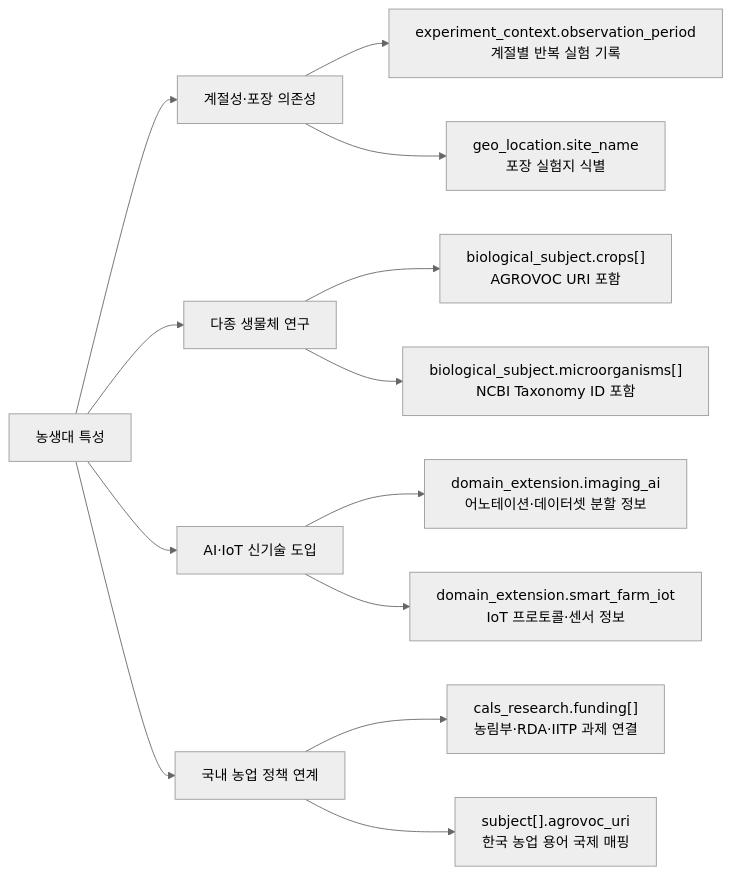
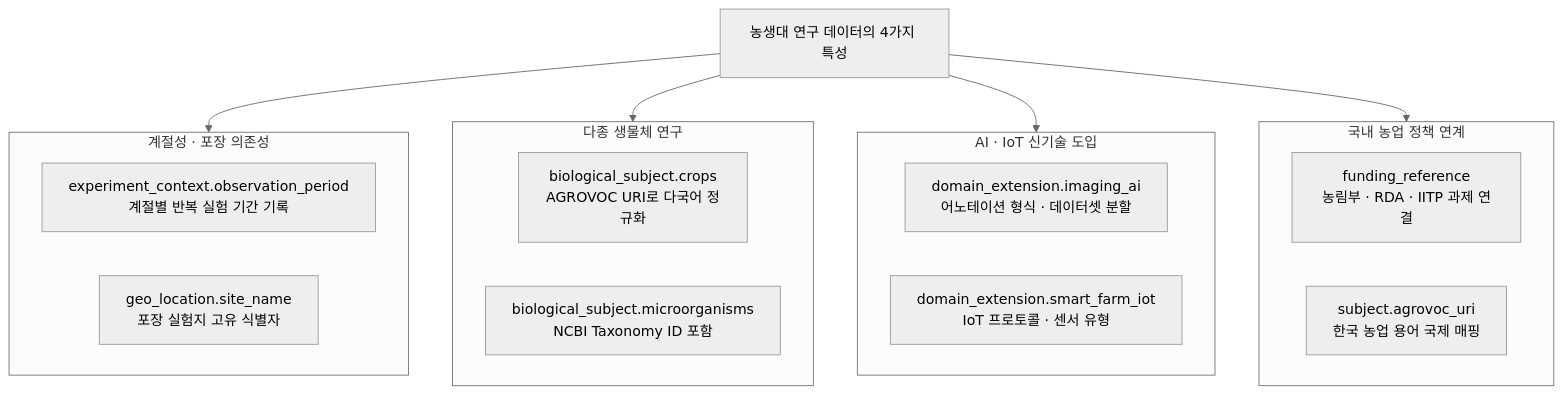
The seventh of 10 diagrams in research/CALS_Dataverse_Strategy_Report.md (colswap/cals-dataverse-metadata), drawn with Mermaid (neutral theme) before and after one commit. The commit also changed other lines of this file, not shown here.

````diff
--- a/research/CALS_Dataverse_Strategy_Report.md
+++ b/research/CALS_Dataverse_Strategy_Report.md
@@ -713,19 +849,29 @@
 ```mermaid
-graph LR
-    A[농생대 특성] --> B[계절성·포장 의존성]
-    A --> C[다종 생물체 연구]
-    A --> D[AI·IoT 신기술 도입]
-    A --> E[국내 농업 정책 연계]
+flowchart TB
+    ROOT["농생대 연구 데이터의 4가지 특성"]
 
-    B --> B1["experiment_context.observation_period\n계절별 반복 실험 기록"]
-    B --> B2["geo_location.site_name\n포장 실험지 식별"]
+    subgraph SGA["계절성 · 포장 의존성"]
+        A1["experiment_context.observation_period\n계절별 반복 실험 기간 기록"]
+        A2["geo_location.site_name\n포장 실험지 고유 식별자"]
+    end
 
-    C --> C1["biological_subject.crops[]\nAGROVOC URI 포함"]
-    C --> C2["biological_subject.microorganisms[]\nNCBI Taxonomy ID 포함"]
+    subgraph SGB["다종 생물체 연구"]
+        B1["biological_subject.crops\nAGROVOC URI로 다국어 정규화"]
+        B2["biological_subject.microorganisms\nNCBI Taxonomy ID 포함"]
+    end
 
-    D --> D1["domain_extension.imaging_ai\n어노테이션·데이터셋 분할 정보"]
-    D --> D2["domain_extension.smart_farm_iot\nIoT 프로토콜·센서 정보"]
+    subgraph SGC["AI · IoT 신기술 도입"]
+        C1["domain_extension.imaging_ai\n어노테이션 형식 · 데이터셋 분할"]
+        C2["domain_extension.smart_farm_iot\nIoT 프로토콜 · 센서 유형"]
+    end
 
-    E --> E1["cals_research.funding[]\n농림부·RDA·IITP 과제 연결"]
-    E --> E2["subject[].agrovoc_uri\n한국 농업 용어 국제 매핑"]
+    subgraph SGD["국내 농업 정책 연계"]
+        D1["funding_reference\n농림부 · RDA · IITP 과제 연결"]
+        D2["subject.agrovoc_uri\n한국 농업 용어 국제 매핑"]
+    end
+
+    ROOT --> SGA
+    ROOT --> SGB
+    ROOT --> SGC
+    ROOT --> SGD
 ```
````
